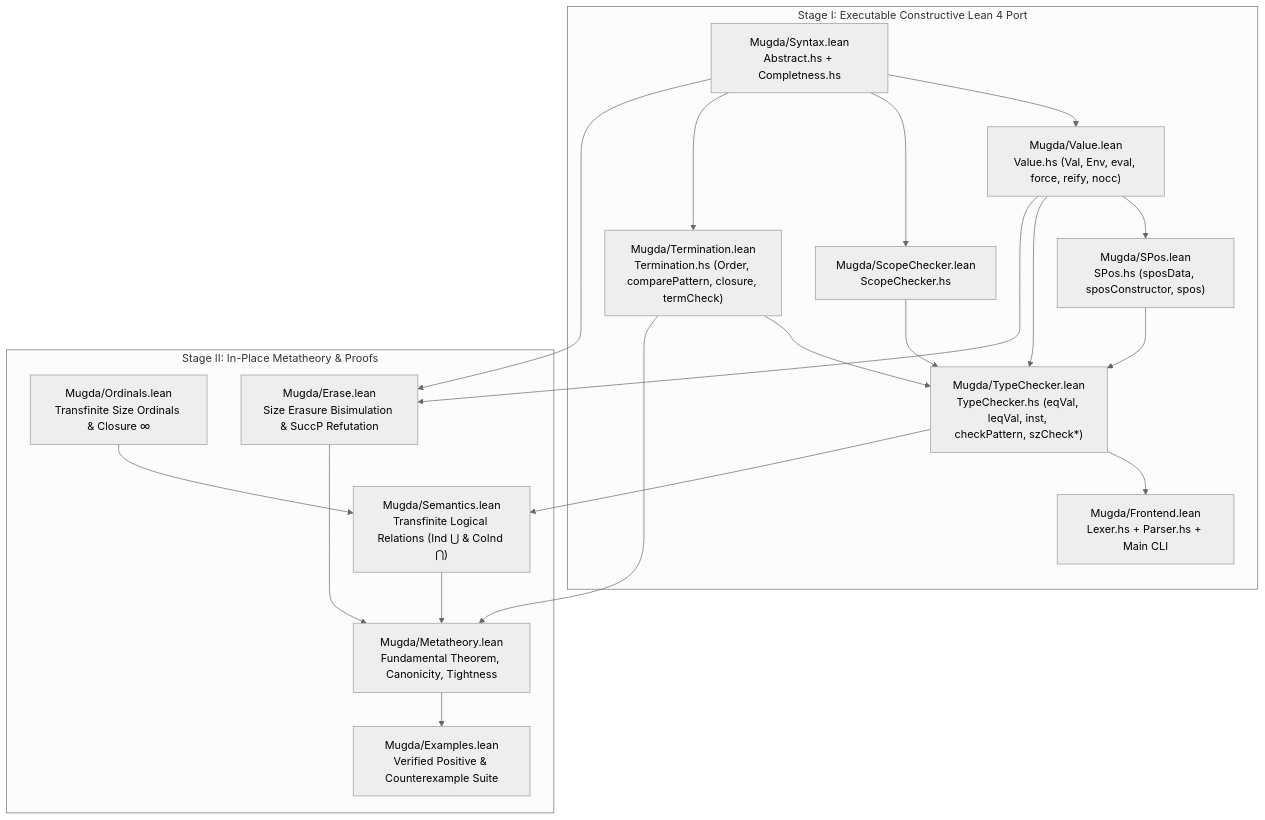
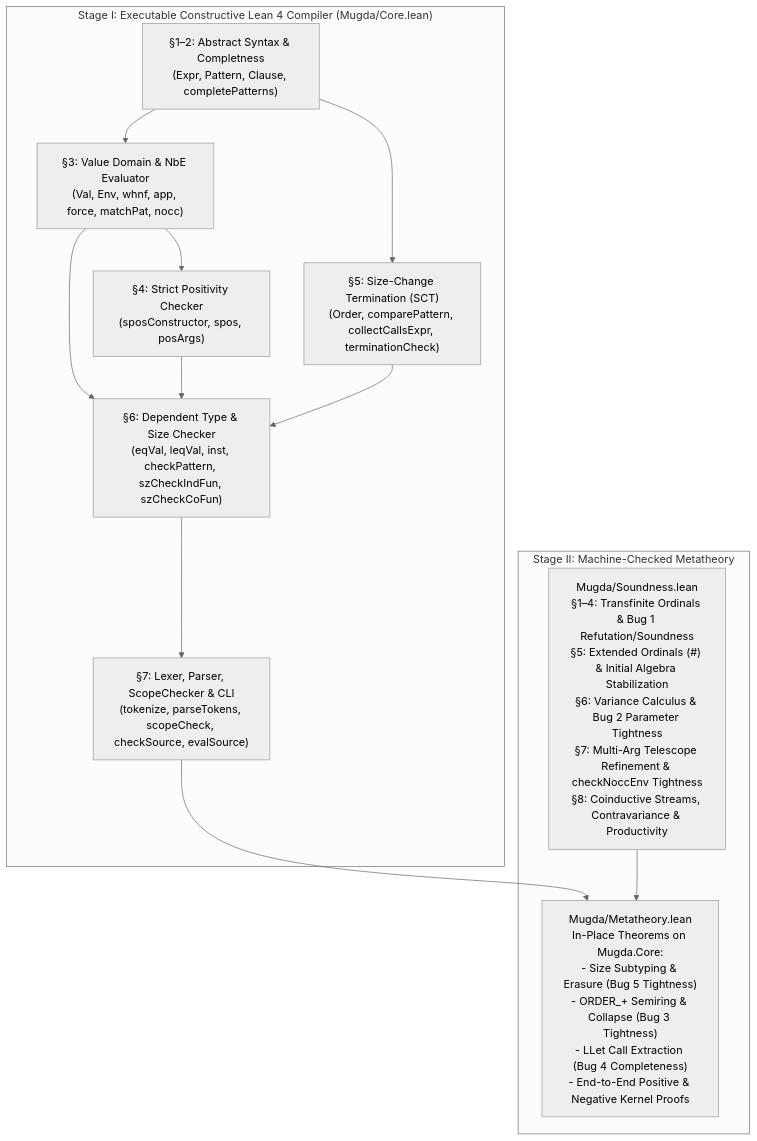
Before and after one commit to kmehltretter82/mugda: the diagram in FORMALIZATION_PLAN.md, drawn with Mermaid (neutral theme). The commit also changed other lines of this file and 32 other files, not shown here.

Commit message:
Transition main to a pure Constructive Lean 4 Lake project (Mugda.Core, Mugda.Soundness, Mugda.Metatheory)

````diff
--- a/FORMALIZATION_PLAN.md
+++ b/FORMALIZATION_PLAN.md
@@ -41,39 +41,26 @@
 ```mermaid
 flowchart TD
-    subgraph Stage_I["Stage I: Executable Constructive Lean 4 Port"]
-        Syn["Mugda/Syntax.lean\nAbstract.hs + Completness.hs"]
-        Val["Mugda/Value.lean\nValue.hs (Val, Env, eval, force, reify, nocc)"]
-        SPos["Mugda/SPos.lean\nSPos.hs (sposData, sposConstructor, spos)"]
-        Term["Mugda/Termination.lean\nTermination.hs (Order, comparePattern, closure, termCheck)"]
-        Scope["Mugda/ScopeChecker.lean\nScopeChecker.hs"]
-        TC["Mugda/TypeChecker.lean\nTypeChecker.hs (eqVal, leqVal, inst, checkPattern, szCheck*)"]
-        Front["Mugda/Frontend.lean\nLexer.hs + Parser.hs + Main CLI"]
+    subgraph Stage_I["Stage I: Executable Constructive Lean 4 Compiler (Mugda/Core.lean)"]
+        Syn["§1–2: Abstract Syntax & Completness\n(Expr, Pattern, Clause, completePatterns)"]
+        Val["§3: Value Domain & NbE Evaluator\n(Val, Env, whnf, app, force, matchPat, nocc)"]
+        SPos["§4: Strict Positivity Checker\n(sposConstructor, spos, posArgs)"]
+        Term["§5: Size-Change Termination (SCT)\n(Order, comparePattern, collectCallsExpr, terminationCheck)"]
+        TC["§6: Dependent Type & Size Checker\n(eqVal, leqVal, inst, checkPattern, szCheckIndFun, szCheckCoFun)"]
+        Front["§7: Lexer, Parser, ScopeChecker & CLI\n(tokenize, parseTokens, scopeCheck, checkSource, evalSource)"]
     end
 
-    subgraph Stage_II["Stage II: In-Place Metatheory & Proofs"]
-        Ord["Mugda/Ordinals.lean\nTransfinite Size Ordinals & Closure ∞"]
-        Erase["Mugda/Erase.lean\nSize Erasure Bisimulation & SuccP Refutation"]
-        Sem["Mugda/Semantics.lean\nTransfinite Logical Relations (Ind ⋃ & CoInd ⋂)"]
-        Meta["Mugda/Metatheory.lean\nFundamental Theorem, Canonicity, Tightness"]
-        Bench["Mugda/Examples.lean\nVerified Positive & Counterexample Suite"]
+    subgraph Stage_II["Stage II: Machine-Checked Metatheory"]
+        Sound["Mugda/Soundness.lean\n§1–4: Transfinite Ordinals & Bug 1 Refutation/Soundness\n§5: Extended Ordinals (#) & Initial Algebra Stabilization\n§6: Variance Calculus & Bug 2 Parameter Tightness\n§7: Multi-Arg Telescope Refinement & checkNoccEnv Tightness\n§8: Coinductive Streams, Contravariance & Productivity"]
+        Meta["Mugda/Metatheory.lean\nIn-Place Theorems on Mugda.Core:\n- Size Subtyping & Erasure (Bug 5 Tightness)\n- ORDER_+ Semiring & Collapse (Bug 3 Tightness)\n- LLet Call Extraction (Bug 4 Completeness)\n- End-to-End Positive & Negative Kernel Proofs"]
     end
 
     Syn --> Val
-    Syn --> Scope
     Val --> SPos
     Syn --> Term
     Val --> TC
     SPos --> TC
     Term --> TC
-    Scope --> TC
     TC --> Front
-
-    Ord --> Sem
-    Syn --> Erase
-    Val --> Erase
-    TC --> Sem
-    Term --> Meta
-    Erase --> Meta
-    Sem --> Meta
-    Meta --> Bench
+    Front --> Meta
+    Sound --> Meta
 ```
````
